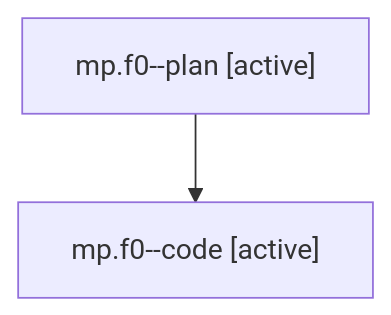
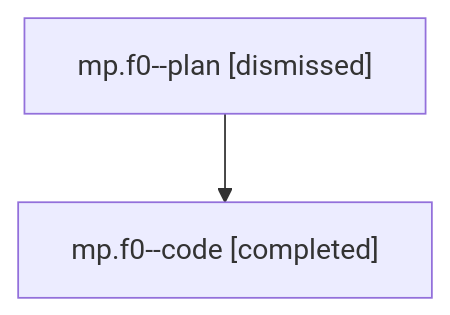
The diagram in families/bbugyi200.athena.mp.f0.md (sase-org/sase--agents), drawn with Mermaid before and after one commit. The commit also changed other lines of this file and 1002 other files, not shown here.

````diff
--- a/families/bbugyi200.athena.mp.f0.md
+++ b/families/bbugyi200.athena.mp.f0.md
@@ -9,6 +9,6 @@
 ```mermaid
 flowchart TD
-  n0["mp.f0--plan [active]"]
-  n1["mp.f0--code [active]"]
+  n0["mp.f0--plan [dismissed]"]
+  n1["mp.f0--code [completed]"]
   n0 --> n1
 ```
````
